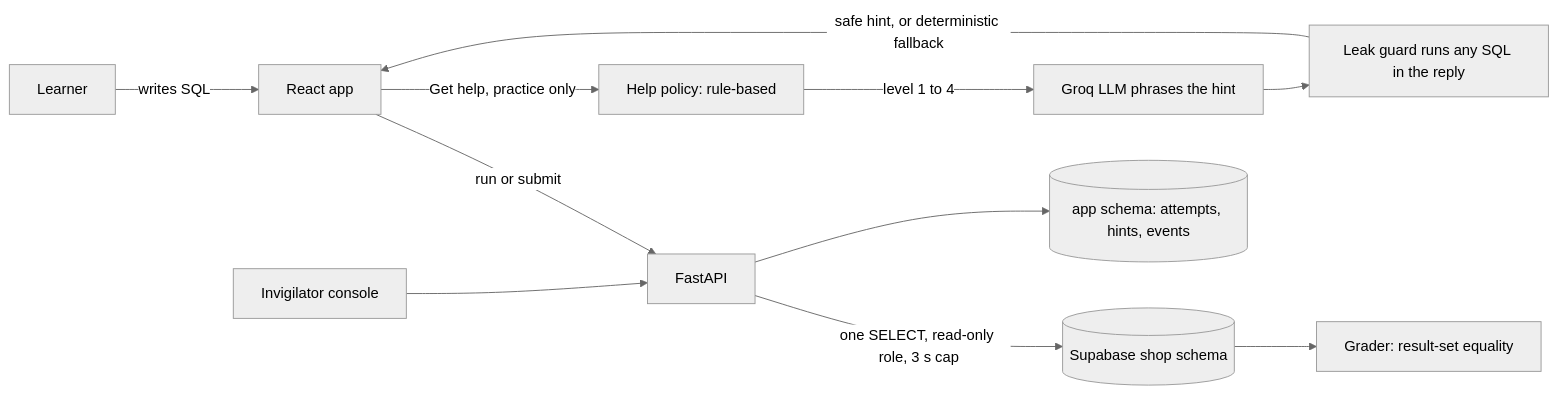
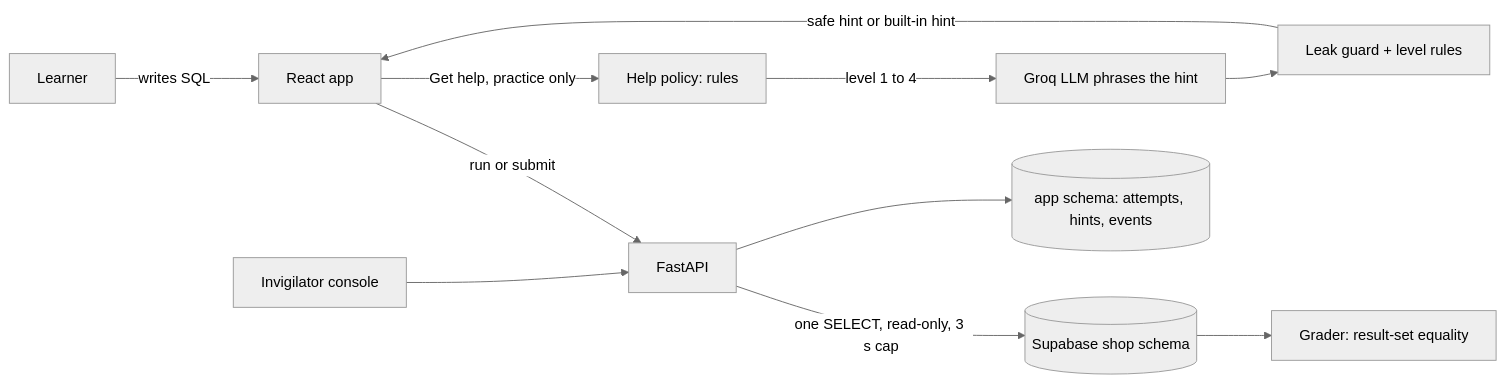
Before and after one commit to Fireball555/learning-os: the diagram in README.md, drawn with Mermaid (neutral theme).

Commit message:
Fix README diagram

````diff
--- a/README.md
+++ b/README.md
@@ -29,13 +29,13 @@
 ```mermaid
 flowchart LR
-  L[Learner] -->|writes SQL| UI[React app]
-  UI -->|run or submit| API[FastAPI]
-  API -->|one SELECT, read-only role, 3 s cap| SB[(Supabase shop schema)]
-  SB --> GR[Grader: result-set equality]
-  UI -->|Get help, practice only| POL[Help policy: rule-based]
-  POL -->|level 1 to 4| LLM[Groq LLM phrases the hint]
-  LLM --> G[Leak guard runs any SQL in the reply]
-  G -->|safe hint, or deterministic fallback| UI
-  API --> LOG[(app schema: attempts, hints, events)]
-  I[Invigilator console] --> API
+  L["Learner"] -->|"writes SQL"| UI["React app"]
+  UI -->|"run or submit"| API["FastAPI"]
+  API -->|"one SELECT, read-only, 3 s cap"| SB[("Supabase shop schema")]
+  SB --> GR["Grader: result-set equality"]
+  UI -->|"Get help, practice only"| POL["Help policy: rules"]
+  POL -->|"level 1 to 4"| LLM["Groq LLM phrases the hint"]
+  LLM --> G["Leak guard + level rules"]
+  G -->|"safe hint or built-in hint"| UI
+  API --> LOG[("app schema: attempts, hints, events")]
+  I["Invigilator console"] --> API
 ```
````
